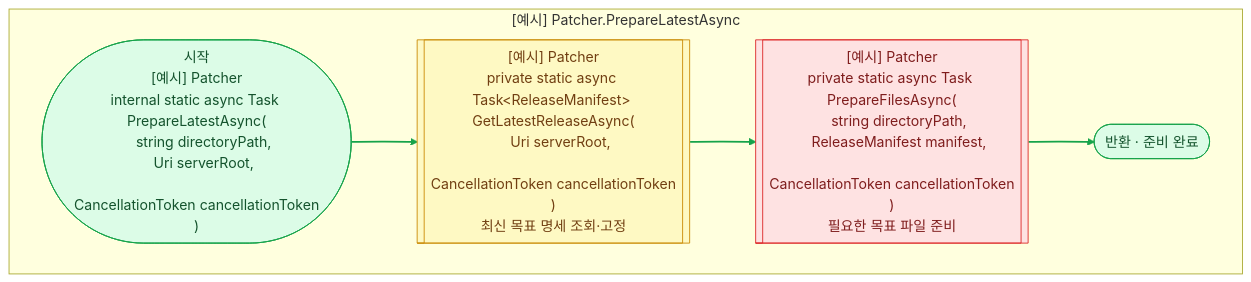
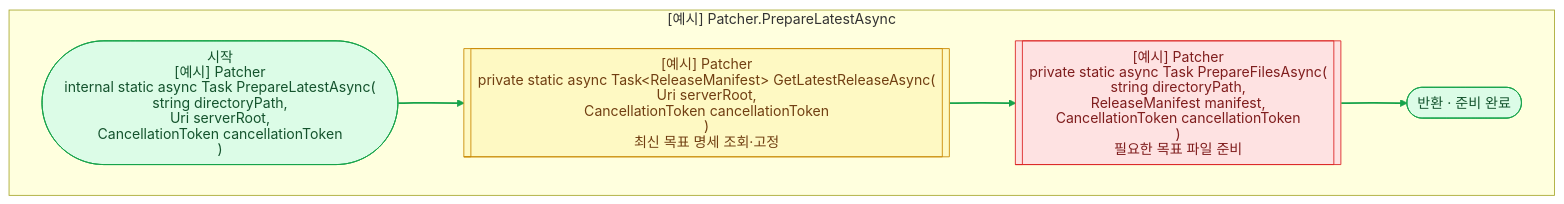
One commit to ParkMinDev/AgentSkills changed the seventh of 10 diagrams in skills/algorithm-flowchart/references/examples.md. Above: the diagram before and after it, drawn with Mermaid. The commit also changed other lines of this file and 2 other files, not shown here.

Commit message:
Refine flowchart rendering and parallel flow layout

````diff
--- a/skills/algorithm-flowchart/references/examples.md
+++ b/skills/algorithm-flowchart/references/examples.md
@@ -189,19 +231,26 @@
 ```mermaid
+---
+config:
+  htmlLabels: false
+  markdownAutoWrap: false
+  flowchart:
+    wrappingWidth: 900
+---
 flowchart TD
     subgraph MAIN["[예시] Patcher.PrepareLatestAsync"]
-        START(["시작<br/>[예시] Patcher<br/>internal static async Task PrepareLatestAsync(<br/>　string&nbsp;directoryPath,<br/>　Uri&nbsp;serverRoot,<br/>　CancellationToken&nbsp;cancellationToken<br/>)"])
-        FETCH[["[예시] Patcher<br/>private static async Task&lt;ReleaseManifest&gt; GetLatestReleaseAsync(<br/>　Uri&nbsp;serverRoot,<br/>　CancellationToken&nbsp;cancellationToken<br/>)<br/>최신 목표 명세 조회·고정"]]
-        PREPARE[["[예시] Patcher<br/>private static async Task PrepareFilesAsync(<br/>　string&nbsp;directoryPath,<br/>　ReleaseManifest&nbsp;manifest,<br/>　CancellationToken&nbsp;cancellationToken<br/>)<br/>필요한 목표 파일 준비"]]
+        START(["시작<br/>[예시] Patcher<br/>internal static async Task PrepareLatestAsync(<br/>　string directoryPath,<br/>　Uri serverRoot,<br/>　CancellationToken cancellationToken<br/>)"])
+        FETCH[["[예시] Patcher<br/>private static async Task&lt;ReleaseManifest&gt; GetLatestReleaseAsync(<br/>　Uri serverRoot,<br/>　CancellationToken cancellationToken<br/>)<br/>최신 목표 명세 조회·고정"]]
+        PREPARE[["[예시] Patcher<br/>private static async Task PrepareFilesAsync(<br/>　string directoryPath,<br/>　ReleaseManifest manifest,<br/>　CancellationToken cancellationToken<br/>)<br/>필요한 목표 파일 준비"]]
         DONE(["반환 · 준비 완료"])
         START --> FETCH
         FETCH --> PREPARE
         PREPARE --> DONE
     end
     classDef low fill:#dcfce7,stroke:#16a34a,color:#14532d
     classDef medium fill:#fef9c3,stroke:#ca8a04,color:#713f12
     classDef high fill:#fee2e2,stroke:#dc2626,color:#7f1d1d
     class START,DONE low
     class FETCH medium
     class PREPARE high
     linkStyle default stroke:#16A34A,stroke-width:2px
 ```
````
